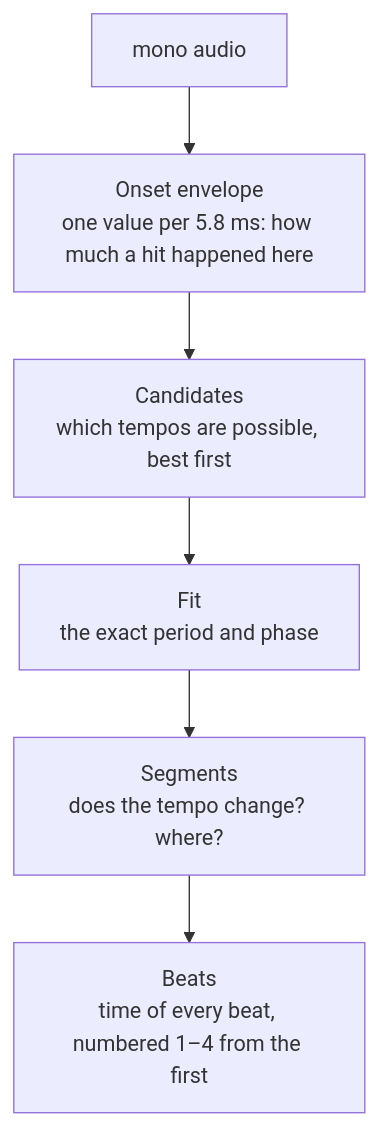
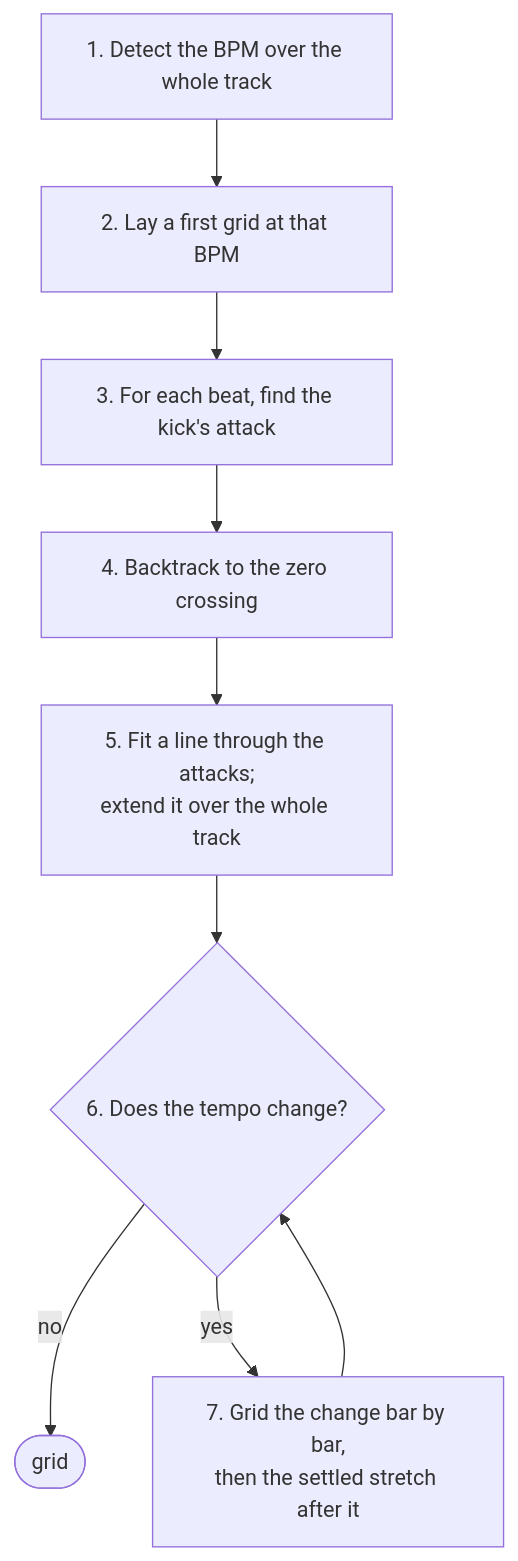
The diagram in crates/rbl-analysis/docs/beat.md (Wirlax/rbxport), drawn with Mermaid before and after one commit. The commit also changed other lines of this file and 4 other files, not shown here.

Commit message:
docs: the beat and key documents describe the target pipeline — kick attacks, bar-by-bar tempo changes, Faraldo's edmkey

````diff
--- a/crates/rbl-analysis/docs/beat.md
+++ b/crates/rbl-analysis/docs/beat.md
@@ -6,8 +7,11 @@
 ```mermaid
 flowchart TD
-    A[mono audio] --> B[Onset envelope<br/>one value per 5.8 ms: how much a hit happened here]
-    B --> C[Candidates<br/>which tempos are possible, best first]
-    C --> D[Fit<br/>the exact period and phase]
-    D --> E[Segments<br/>does the tempo change? where?]
-    E --> F[Beats<br/>time of every beat, numbered 1–4 from the first]
+    A[1. Detect the BPM over the whole track] --> B[2. Lay a first grid at that BPM]
+    B --> C[3. For each beat, find the kick's attack]
+    C --> D[4. Backtrack to the zero crossing]
+    D --> E[5. Fit a line through the attacks;<br/>extend it over the whole track]
+    E --> Q{6. Does the tempo change?}
+    Q -- no --> Z([grid])
+    Q -- yes --> F[7. Grid the change bar by bar,<br/>then the settled stretch after it]
+    F --> Q
 ```
````
